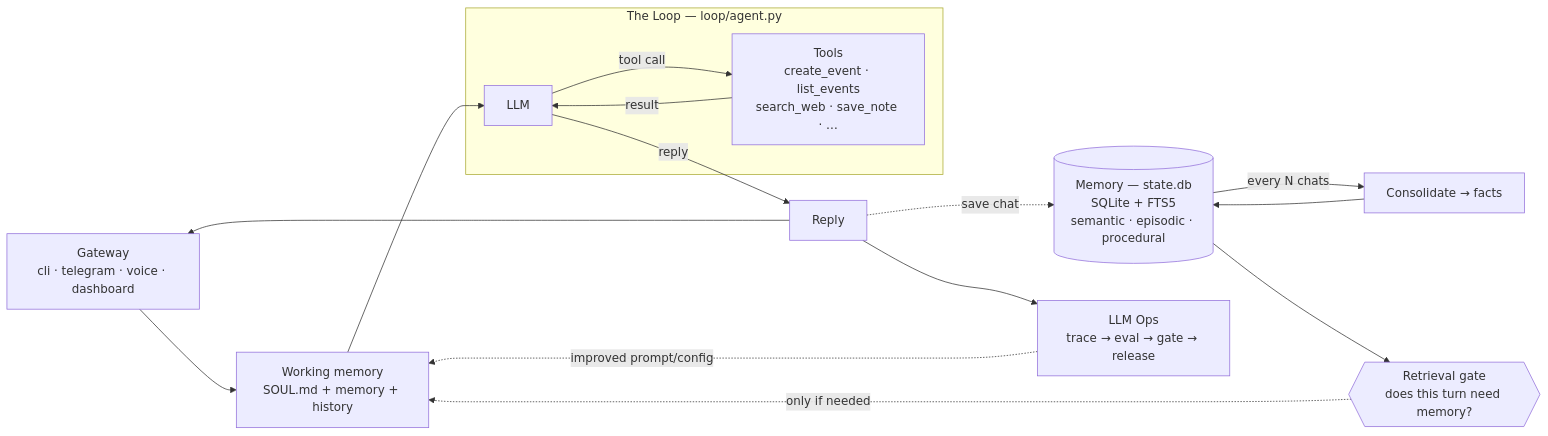
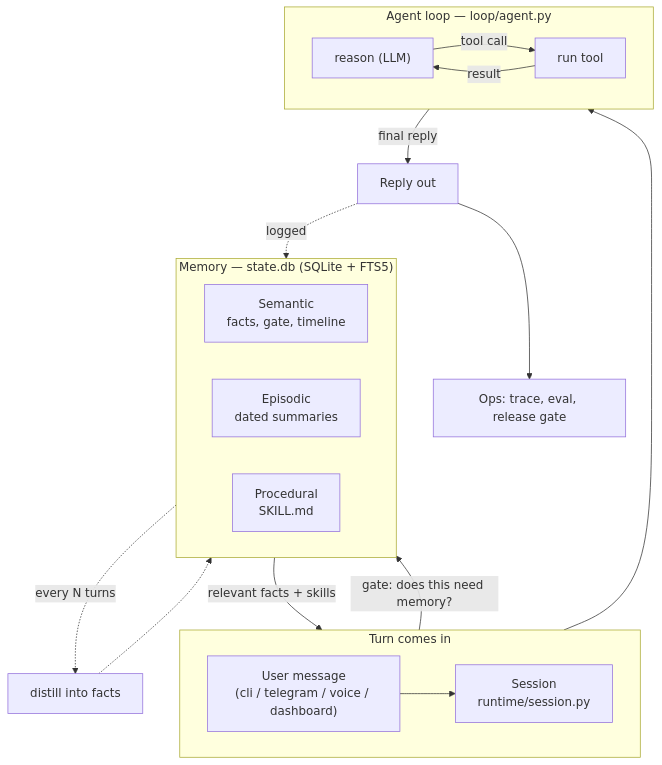
Before and after one commit to sridhar-3009/sieve-agent: the first of 2 diagrams in README.md, drawn with Mermaid. The commit also changed other lines of this file and 38 other files, not shown here.

````diff
--- a/README.md
+++ b/README.md
@@ -165,16 +165,28 @@
 ```mermaid
-flowchart LR
-  GW["Gateway<br/>cli · telegram · voice · dashboard"] --> WM["Working memory<br/>SOUL.md + memory + history"]
-  WM --> LLM
-  subgraph LOOP["The Loop — loop/agent.py"]
-    LLM["LLM"] -->|tool call| TOOLS["Tools<br/>create_event · list_events<br/>search_web · save_note · …"]
-    TOOLS -->|result| LLM
+flowchart TD
+  subgraph IN["Turn comes in"]
+    direction LR
+    U["User message<br/>(cli / telegram / voice / dashboard)"] --> S["Session<br/>runtime/session.py"]
   end
-  LLM -->|reply| REPLY["Reply"] --> GW
-  GATE{{"Retrieval gate<br/>does this turn need memory?"}} -. only if needed .-> WM
-  MEM[("Memory — state.db<br/>SQLite + FTS5<br/>semantic · episodic · procedural")] --> GATE
-  REPLY -. save chat .-> MEM
-  MEM -->|every N chats| CONS["Consolidate → facts"] --> MEM
-  REPLY --> OPS["LLM Ops<br/>trace → eval → gate → release"]
-  OPS -. improved prompt/config .-> WM
+
+  subgraph MEM["Memory — state.db (SQLite + FTS5)"]
+    direction LR
+    SEM["Semantic<br/>facts, gate, timeline"]
+    EPI["Episodic<br/>dated summaries"]
+    PRO["Procedural<br/>SKILL.md"]
+  end
+
+  S -->|"gate: does this need memory?"| MEM
+  MEM -->|relevant facts + skills| S
+  S --> AL
+
+  subgraph AL["Agent loop — loop/agent.py"]
+    direction LR
+    R1["reason (LLM)"] -->|tool call| T["run tool"] -->|result| R1
+  end
+
+  AL -->|final reply| OUT["Reply out"]
+  OUT -.->|logged| MEM
+  MEM -.->|every N turns| DIST["distill into facts"] -.-> MEM
+  OUT --> OPS["Ops: trace, eval, release gate"]
 ```
````
